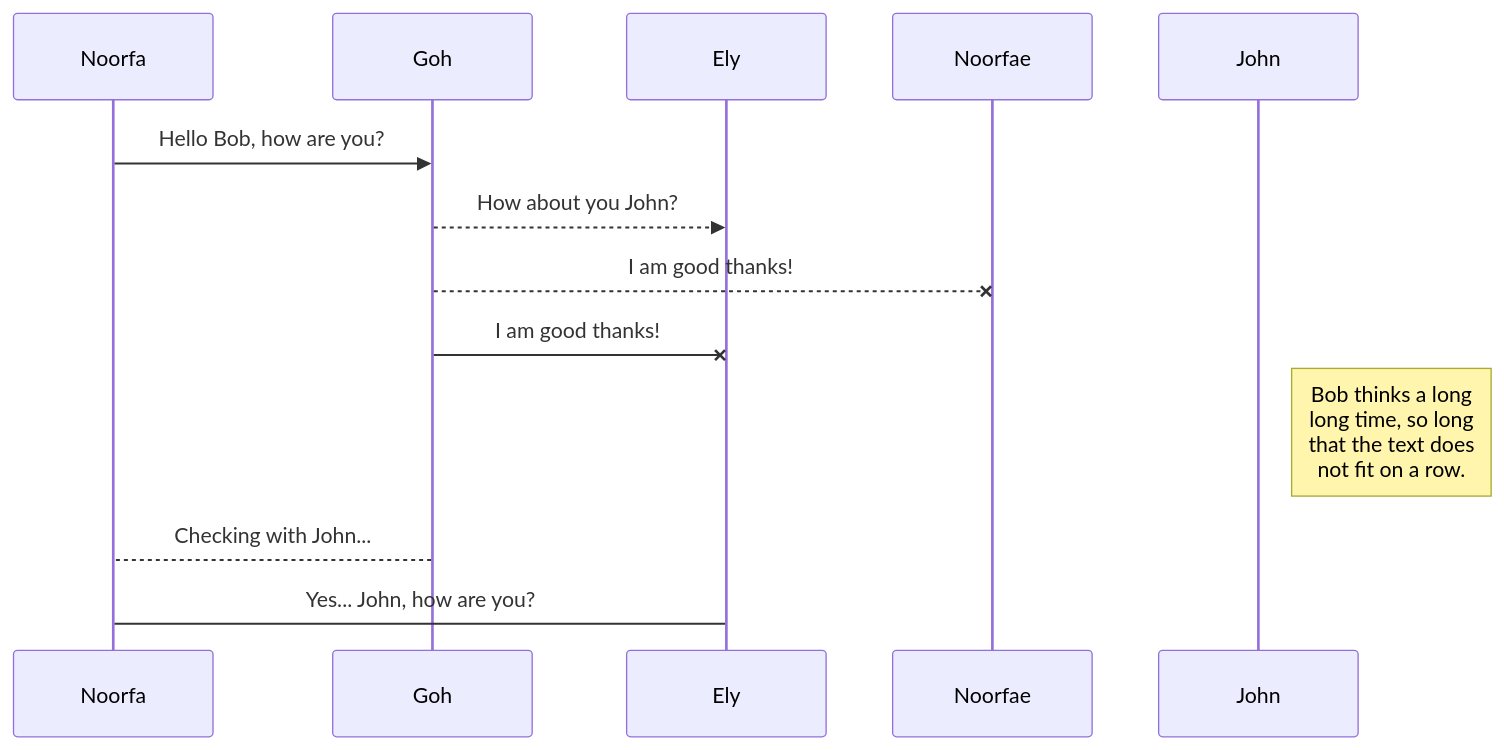
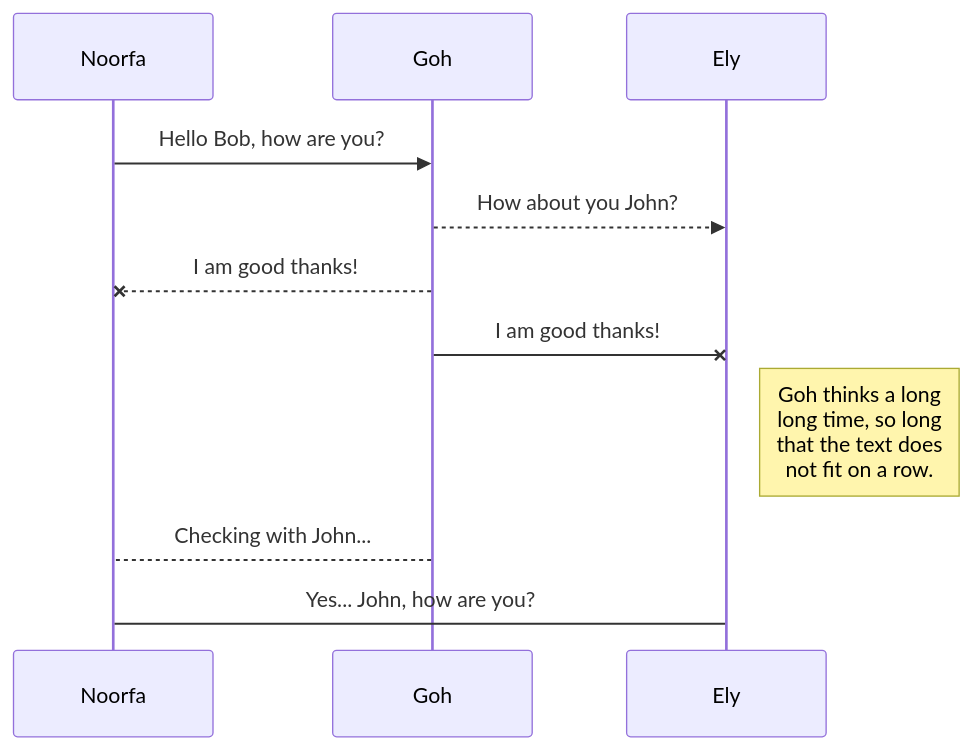
Before and after one commit to drshahizan/learn-github: the diagram in exercise/NoorfaH/readme.md, drawn with Mermaid.

````diff
--- a/exercise/NoorfaH/readme.md
+++ b/exercise/NoorfaH/readme.md
@@ -47,11 +47,11 @@
 ```mermaid
 sequenceDiagram
 Noorfa ->> Goh: Hello Bob, how are you?
 Goh-->>Ely: How about you John?
-Goh--x Noorfae: I am good thanks!
+Goh--x Noorfa: I am good thanks!
 Goh-x Ely: I am good thanks!
-Note right of John: Bob thinks a long<br/>long time, so long<br/>that the text does<br/>not fit on a row.
+Note right of Ely: Goh thinks a long<br/>long time, so long<br/>that the text does<br/>not fit on a row.
 
 Goh-->Noorfa: Checking with John...
 Noorfa->Ely: Yes... John, how are you?
 ```
````
